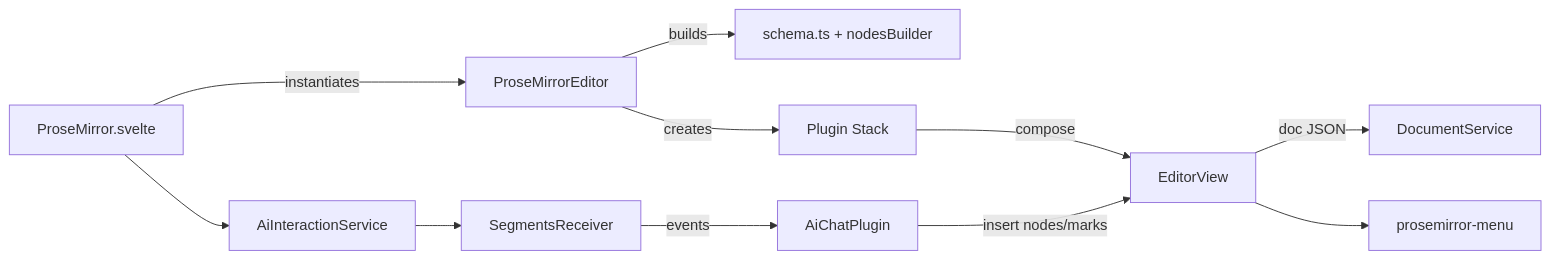
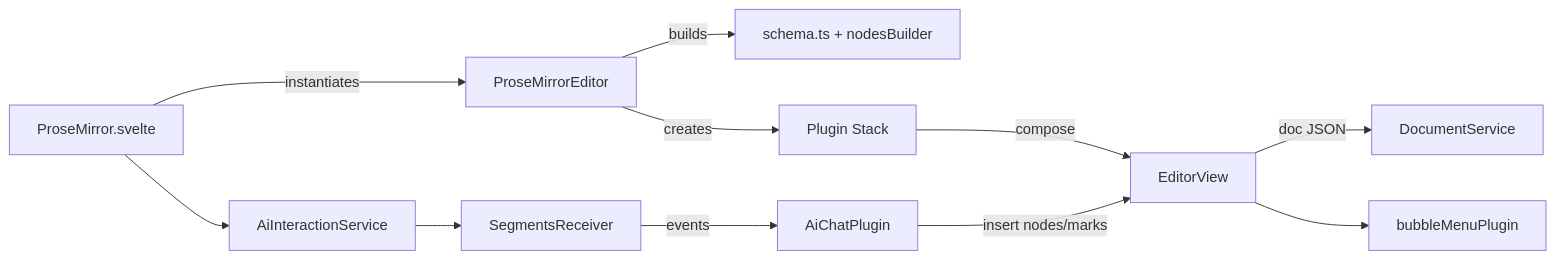
Before and after one commit to Lixpi/lixpi: the first of 9 diagrams in services/web-ui/src/components/proseMirror/README.md, drawn with Mermaid. The commit also changed other lines of this file and 28 other files, not shown here.

````diff
--- a/services/web-ui/src/components/proseMirror/README.md
+++ b/services/web-ui/src/components/proseMirror/README.md
@@ -22,13 +22,13 @@
 ```mermaid
 flowchart LR
   Svelte[ProseMirror.svelte] -->|instantiates| PMEditor[ProseMirrorEditor]
   PMEditor -->|builds| Schema[schema.ts + nodesBuilder]
     PMEditor -->|creates| Plugins[Plugin Stack]
     Plugins -->|compose| EditorView
     EditorView -->|doc JSON| DocumentService
     Svelte --> AiInteractionService
     AiInteractionService --> SegmentsReceiver
     SegmentsReceiver -->|events| AiChatPlugin
     AiChatPlugin -->|insert nodes/marks| EditorView
-    EditorView --> MenuBar[prosemirror-menu]
+    EditorView --> BubbleMenu[bubbleMenuPlugin]
 ```
````
